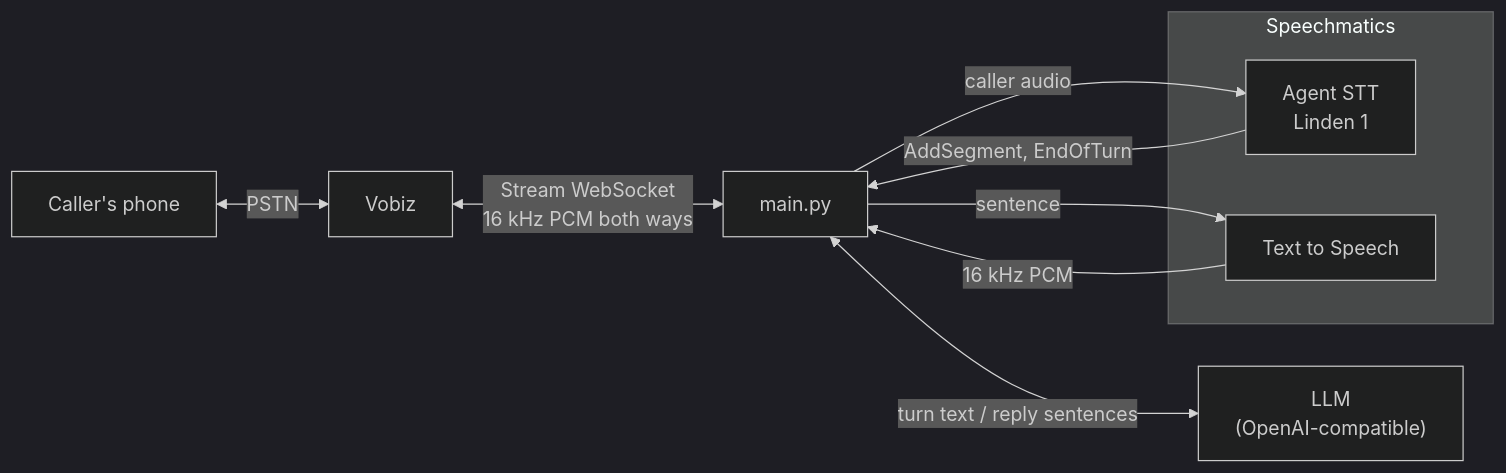
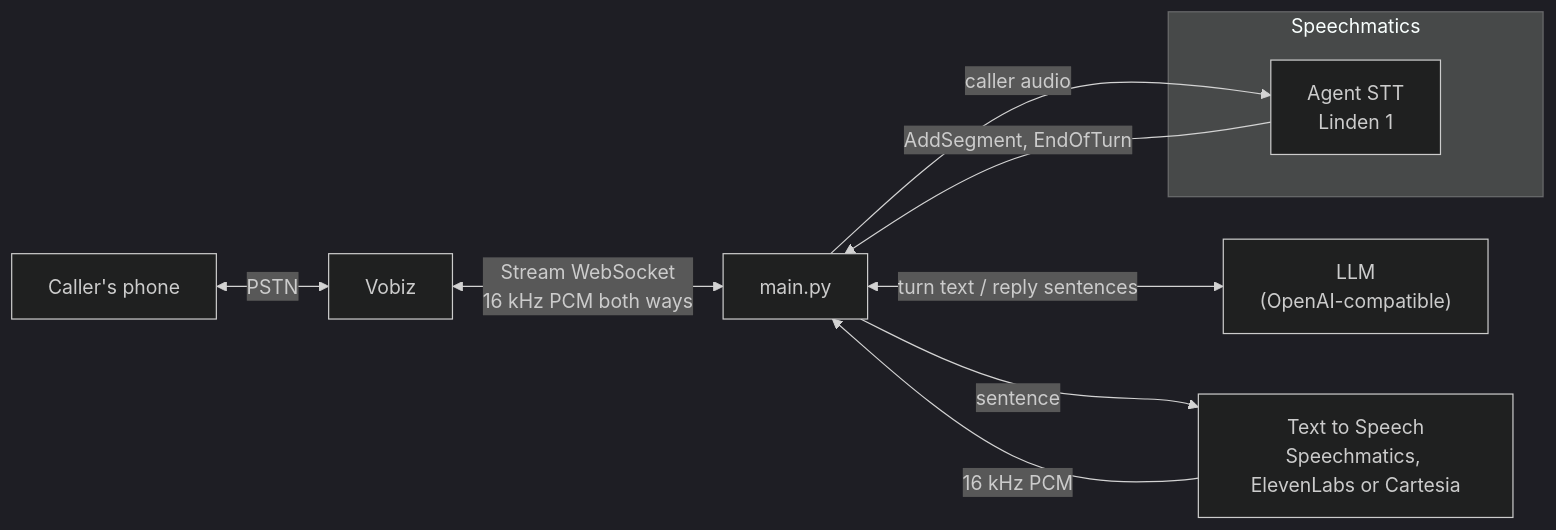
Before and after one commit to speechmatics/speechmatics-academy: the diagram in integrations/vobiz/01-phone-voice-agent/README.md, drawn with Mermaid (dark theme). The commit also changed other lines of this file and 9 other files, not shown here.

````diff
--- a/integrations/vobiz/01-phone-voice-agent/README.md
+++ b/integrations/vobiz/01-phone-voice-agent/README.md
@@ -122,16 +126,15 @@
 ```mermaid
 flowchart LR
     PHONE[Caller's phone] <-->|PSTN| VOBIZ[Vobiz]
     VOBIZ <-->|"Stream WebSocket<br/>16 kHz PCM both ways"| SERVER[main.py]
 
     subgraph Speechmatics
         STT["Agent STT<br/>Linden 1"]
-        TTS[Text to Speech]
     end
 
     SERVER -->|caller audio| STT
     STT -->|"AddSegment, EndOfTurn"| SERVER
     SERVER <-->|"turn text / reply sentences"| LLM["LLM<br/>(OpenAI-compatible)"]
-    SERVER -->|sentence| TTS
+    SERVER -->|sentence| TTS["Text to Speech<br/>Speechmatics, ElevenLabs or Cartesia"]
     TTS -->|16 kHz PCM| SERVER
 ```
````
